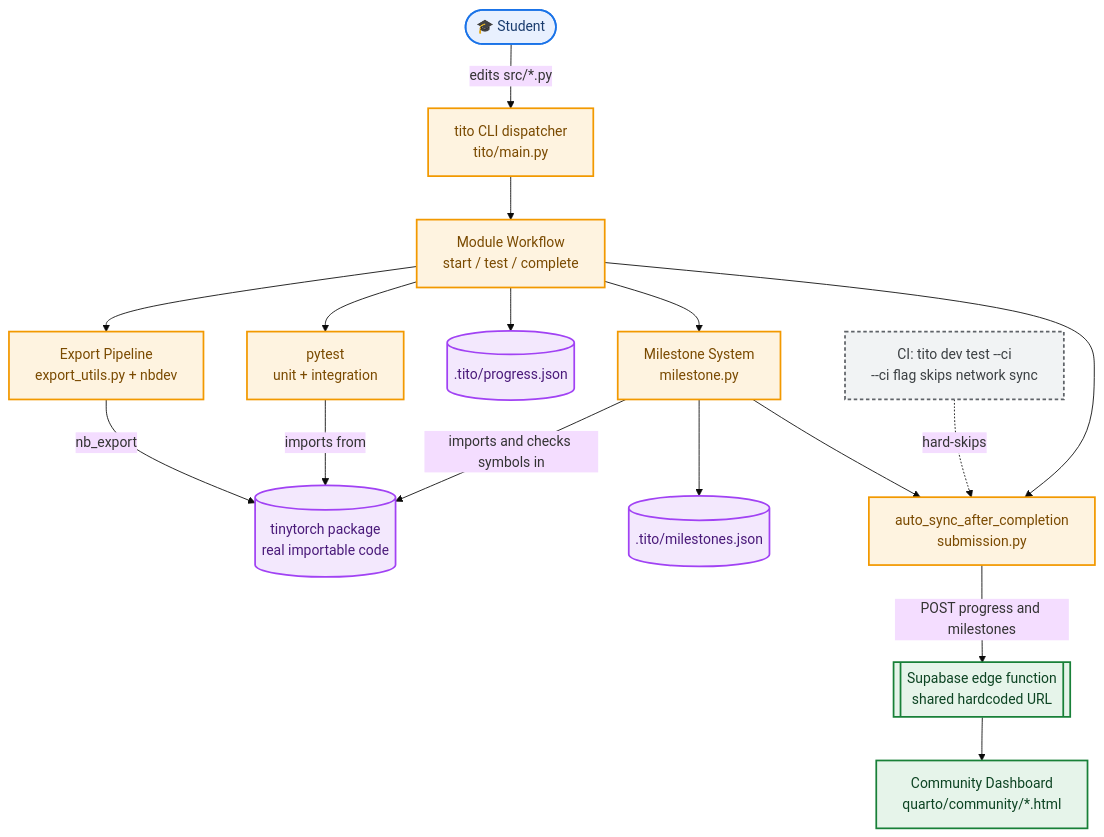
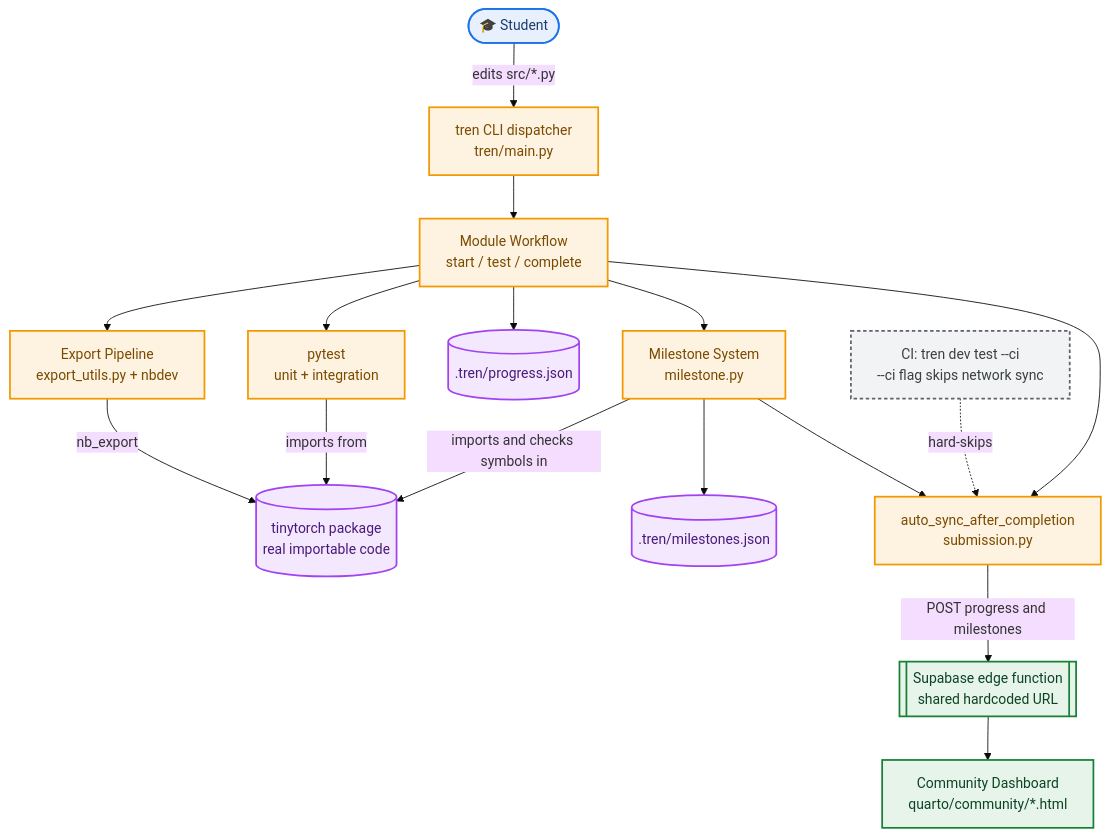
The diagram in docs/system_design.md (Shashank-Tripathi-07/TrenTorch), drawn with Mermaid (base theme) before and after one commit. The commit also changed other lines of this file and 148 other files, not shown here.

Commit message:
Rename tito CLI to tren

````diff
--- a/docs/system_design.md
+++ b/docs/system_design.md
@@ -25,44 +25,44 @@
 ```mermaid
 flowchart TD
     Student(["🎓 Student"])
-    CLI["tito CLI dispatcher<br/>tito/main.py"]
+    CLI["tren CLI dispatcher<br/>tren/main.py"]
     Workflow["Module Workflow<br/>start / test / complete"]
     Export["Export Pipeline<br/>export_utils.py + nbdev"]
     Pkg[("tinytorch package<br/>real importable code")]
     Tests["pytest<br/>unit + integration"]
     Milestone["Milestone System<br/>milestone.py"]
-    MFile[(".tito/milestones.json")]
-    PFile[(".tito/progress.json")]
+    MFile[(".tren/milestones.json")]
+    PFile[(".tren/progress.json")]
     Sync["auto_sync_after_completion<br/>submission.py"]
     Supabase[["Supabase edge function<br/>shared hardcoded URL"]]
     Dashboard["Community Dashboard<br/>quarto/community/*.html"]
-    CI["CI: tito dev test --ci<br/>--ci flag skips network sync"]
+    CI["CI: tren dev test --ci<br/>--ci flag skips network sync"]
 
     Student -->|edits src/*.py| CLI
     CLI --> Workflow
     Workflow --> Export
     Export -->|nb_export| Pkg
     Workflow --> Tests
     Tests -->|imports from| Pkg
     Workflow --> PFile
     Workflow --> Milestone
     Milestone -->|imports and checks symbols in| Pkg
     Milestone --> MFile
     Workflow --> Sync
     Milestone --> Sync
     Sync -->|POST progress and milestones| Supabase
     Supabase --> Dashboard
     CI -.->|hard-skips| Sync
 
     classDef client fill:#e8f0fe,stroke:#1a73e8,stroke-width:2px,color:#1a3c6e
     classDef core fill:#fef3e0,stroke:#f29900,stroke-width:2px,color:#7a4a00
     classDef storage fill:#f3e8fd,stroke:#a142f4,stroke-width:2px,color:#4a1a7a
     classDef external fill:#e6f4ea,stroke:#188038,stroke-width:2px,color:#0d4423
     classDef ci fill:#f1f3f4,stroke:#5f6368,stroke-width:2px,color:#3c4043,stroke-dasharray: 4 3
 
     class Student client
     class CLI,Workflow,Export,Tests,Milestone,Sync core
     class Pkg,MFile,PFile storage
     class Supabase,Dashboard external
     class CI ci
 ```
````
